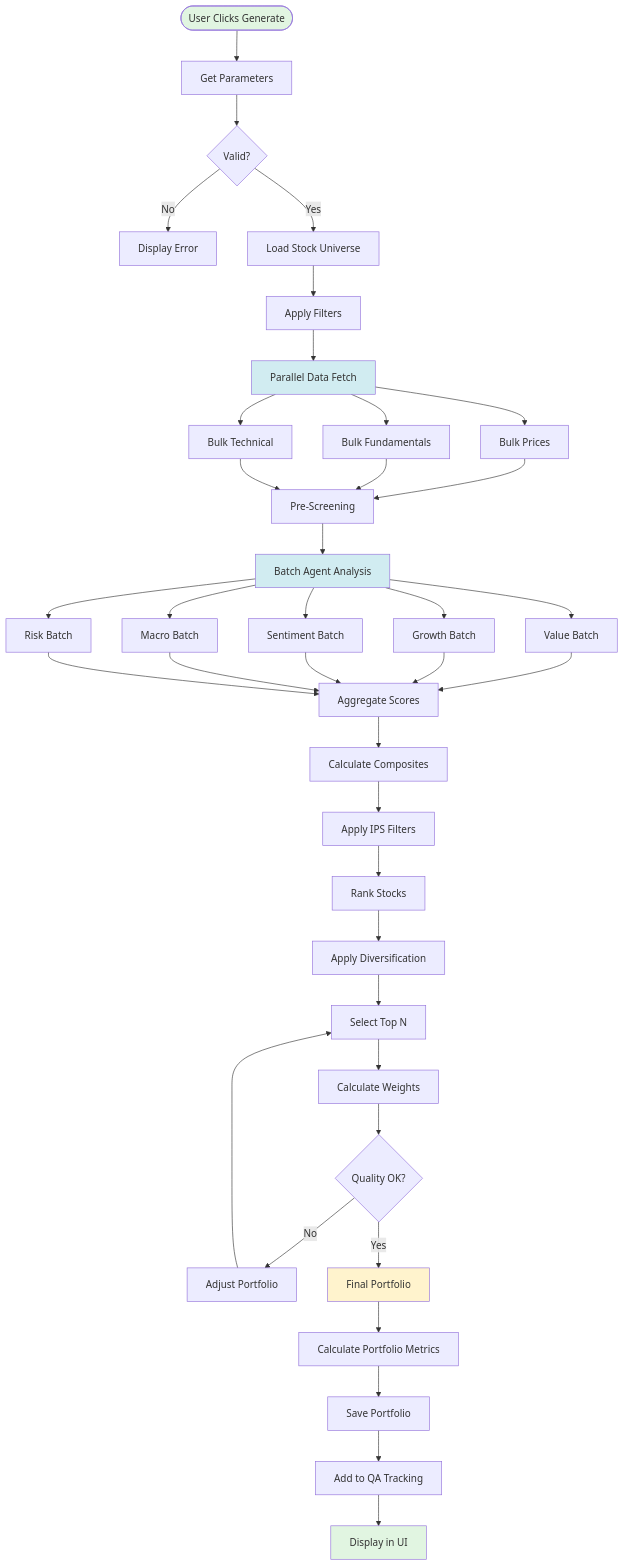
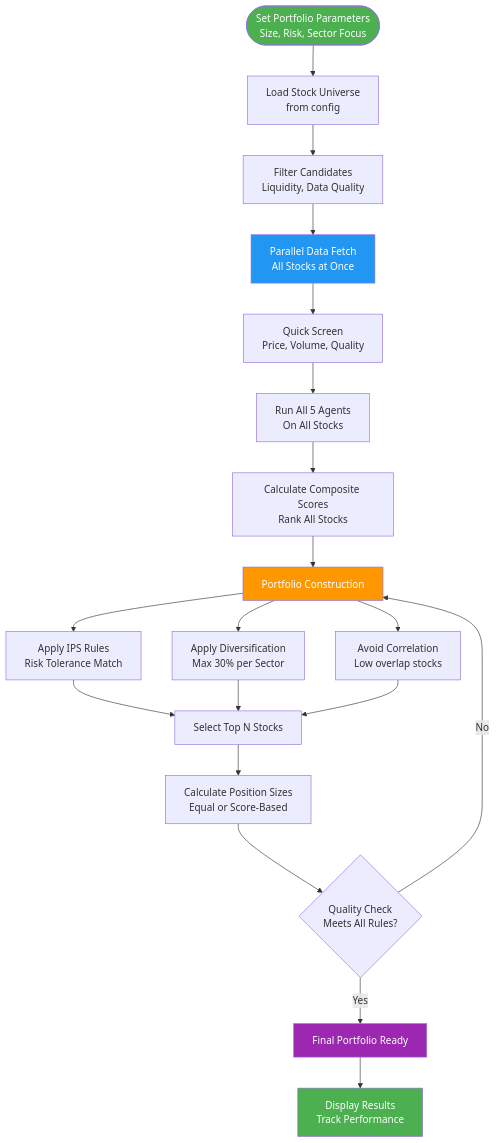
Before and after one commit to yaboibean2/Wharton: the second of 6 diagrams in SYSTEM_FLOW_DIAGRAMS.md, drawn with Mermaid. The commit also changed other lines of this file, not shown here.

First line of the commit message:
Redesign system flow diagrams: Clearer, more intuitive, focused on essentials

````diff
--- a/SYSTEM_FLOW_DIAGRAMS.md
+++ b/SYSTEM_FLOW_DIAGRAMS.md
@@ -87,56 +66,38 @@
 ```mermaid
 graph TB
-    Start([User Clicks Generate]) --> Params[Get Parameters]
-    Params --> Validate{Valid?}
-    Validate -->|No| Error[Display Error]
-    Validate -->|Yes| Universe[Load Stock Universe]
+    Start([Set Portfolio Parameters<br/>Size, Risk, Sector Focus]) --> Universe[Load Stock Universe<br/>from config]
     
-    Universe --> Filter[Apply Filters]
-    Filter --> Parallel[Parallel Data Fetch]
+    Universe --> Filter[Filter Candidates<br/>Liquidity, Data Quality]
     
-    Parallel --> BulkPrice[Bulk Prices]
-    Parallel --> BulkFund[Bulk Fundamentals]
-    Parallel --> BulkTech[Bulk Technical]
+    Filter --> Fetch[Parallel Data Fetch<br/>All Stocks at Once]
     
-    BulkPrice --> Screen[Pre-Screening]
-    BulkFund --> Screen
-    BulkTech --> Screen
+    Fetch --> Screen[Quick Screen<br/>Price, Volume, Quality]
     
-    Screen --> BatchAgents[Batch Agent Analysis]
+    Screen --> Analyze[Run All 5 Agents<br/>On All Stocks]
     
-    BatchAgents --> ValueBatch[Value Batch]
-    BatchAgents --> GrowthBatch[Growth Batch]
-    BatchAgents --> SentBatch[Sentiment Batch]
-    BatchAgents --> MacroBatch[Macro Batch]
-    BatchAgents --> RiskBatch[Risk Batch]
+    Analyze --> Score[Calculate Composite Scores<br/>Rank All Stocks]
     
-    ValueBatch --> Aggregate[Aggregate Scores]
-    GrowthBatch --> Aggregate
-    SentBatch --> Aggregate
-    MacroBatch --> Aggregate
-    RiskBatch --> Aggregate
+    Score --> Build[Portfolio Construction]
     
-    Aggregate --> Composite[Calculate Composites]
-    Composite --> IPSFilter[Apply IPS Filters]
-    IPSFilter --> Rank[Rank Stocks]
+    Build --> Rule1[Apply IPS Rules<br/>Risk Tolerance Match]
+    Build --> Rule2[Apply Diversification<br/>Max 30% per Sector]
+    Build --> Rule3[Avoid Correlation<br/>Low overlap stocks]
     
-    Rank --> Diversify[Apply Diversification]
-    Diversify --> Select[Select Top N]
-    Select --> Weighting[Calculate Weights]
+    Rule1 --> Select[Select Top N Stocks]
+    Rule2 --> Select
+    Rule3 --> Select
     
-    Weighting --> QualityCheck{Quality OK?}
-    QualityCheck -->|No| Adjust[Adjust Portfolio]
-    QualityCheck -->|Yes| Final[Final Portfolio]
-    Adjust --> Select
+    Select --> Weight[Calculate Position Sizes<br/>Equal or Score-Based]
     
-    Final --> Metrics[Calculate Portfolio Metrics]
-    Metrics --> SavePort[Save Portfolio]
-    SavePort --> QATrack[Add to QA Tracking]
-    QATrack --> Display[Display in UI]
+    Weight --> Quality{Quality Check<br/>Meets All Rules?}
+    Quality -->|No| Build
+    Quality -->|Yes| Final[Final Portfolio Ready]
     
-    style Start fill:#e1f5e1
-    style Display fill:#e1f5e1
-    style Parallel fill:#d1ecf1
-    style BatchAgents fill:#d1ecf1
-    style Final fill:#fff3cd
+    Final --> Results[Display Results<br/>Track Performance]
+    
+    style Start fill:#4CAF50,color:#fff
+    style Fetch fill:#2196F3,color:#fff
+    style Build fill:#FF9800,color:#fff
+    style Final fill:#9C27B0,color:#fff
+    style Results fill:#4CAF50,color:#fff
 ```
````
